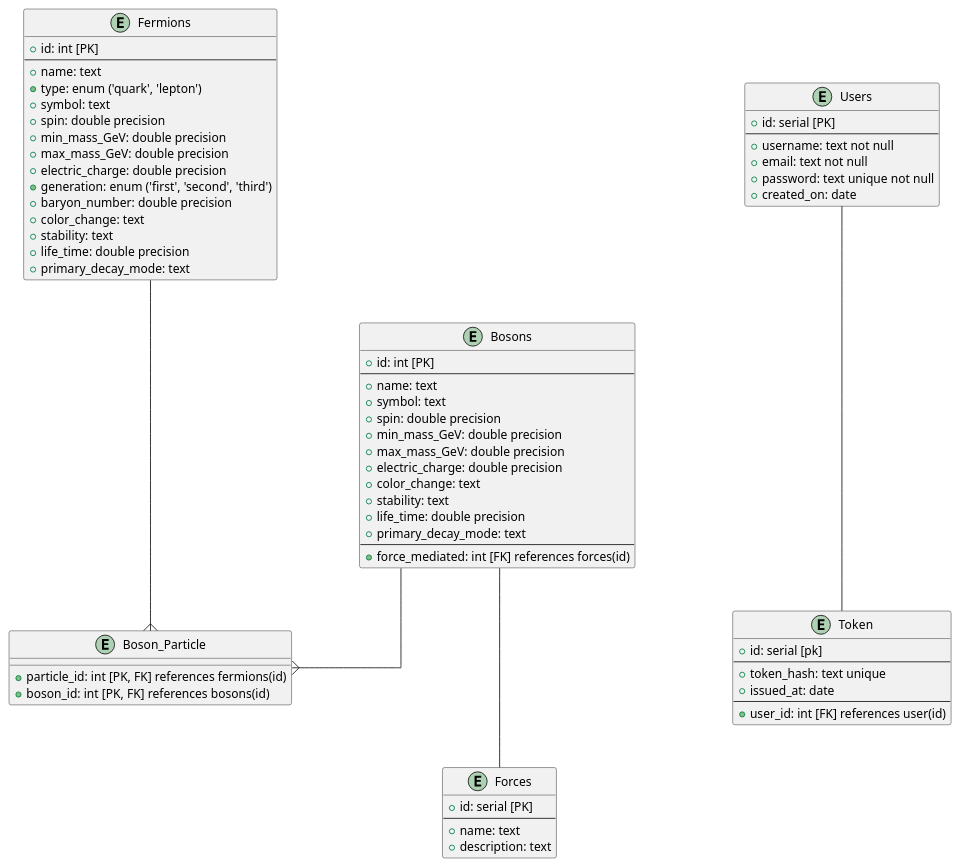
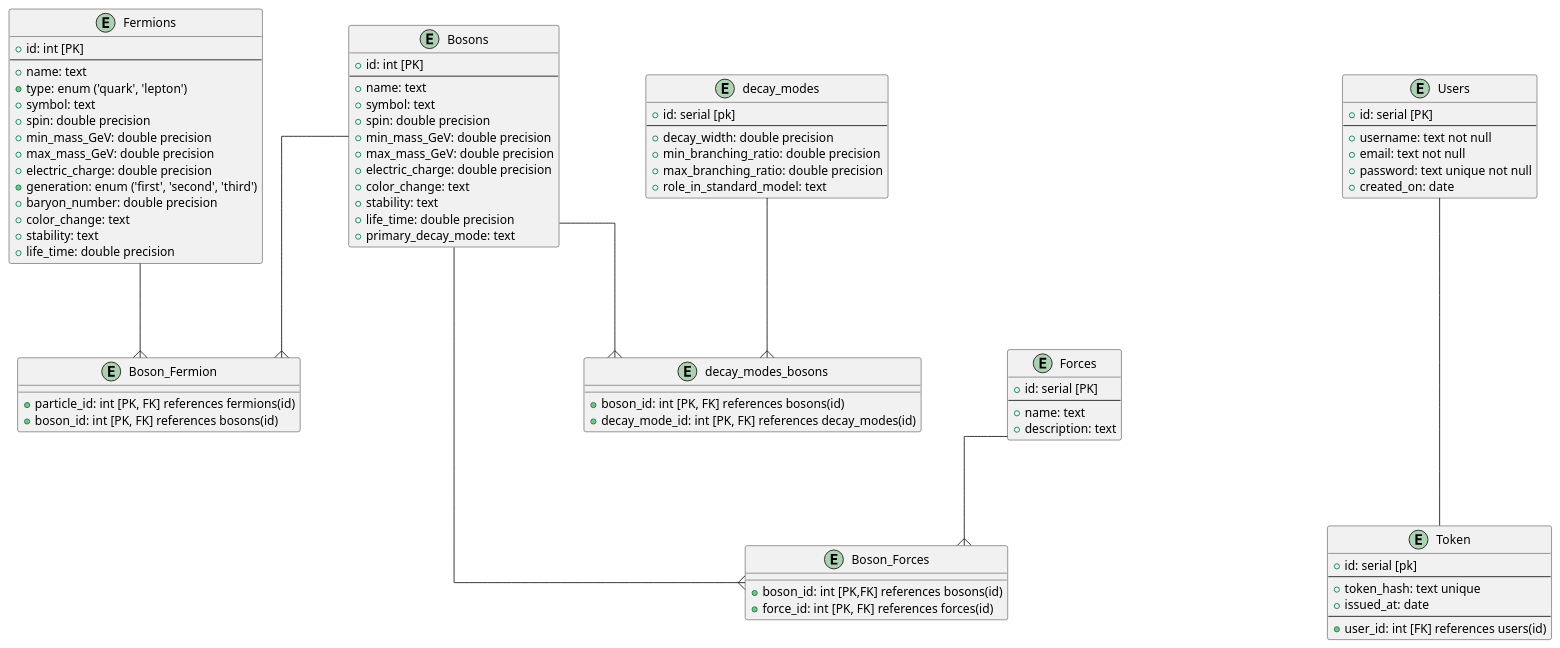
Before and after one commit to therakius/particles-api: the diagram in particles-erd.puml, drawn with PlantUML. The commit also changed other lines of this file, not shown here.

Commit message:
erd v1 done

```diff
--- a/particles-erd.puml
+++ b/particles-erd.puml
@@ -1,86 +1,106 @@
 @startuml particles_database
 skinparam {
-    Nodesep 160
-    Ranksep 50
+    Nodesep 100
+    Ranksep 100
     Linetype ortho
 }
 
 skinparam entity {
     BackgroundColor LightBlue
     FontSize 14
     ArrowThickness 1
 }
 
 entity "Fermions" as fermions {
     +id: int [PK]
     --
     +name: text
     +type: enum ('quark', 'lepton')
     +symbol: text
     +spin: double precision
     +min_mass_GeV: double precision
     +max_mass_GeV: double precision
     +electric_charge: double precision
     +generation: enum ('first', 'second', 'third')
     +baryon_number: double precision
     +color_change: text
     +stability: text
     +life_time: double precision
-    +primary_decay_mode: text
 }
 
 entity "Bosons" as bosons {
     +id: int [PK]
     --
     +name: text
     +symbol: text
     +spin: double precision
     +min_mass_GeV: double precision
     +max_mass_GeV: double precision
     +electric_charge: double precision
     +color_change: text
     +stability: text
     +life_time: double precision
     +primary_decay_mode: text
-    --
-    +force_mediated: int [FK] references forces(id)
 }
 
 entity "Forces" as forces {
     +id: serial [PK]
     --
     +name: text
     +description: text
 }
 
-entity "Boson_Particle" as boson_particle {
+entity decay_modes {
+    +id: serial [pk]
+    --
+    +decay_width: double precision
+    +min_branching_ratio: double precision
+    +max_branching_ratio: double precision
+    +role_in_standard_model: text 
+}
+
+entity decay_modes_bosons {
+    +boson_id: int [PK, FK] references bosons(id)
+    +decay_mode_id: int [PK, FK] references decay_modes(id)
+}
+
+
+entity "Boson_Forces" as boson_forces {
+    +boson_id: int [PK,FK] references bosons(id)
+    +force_id: int [PK, FK] references forces(id)
+}
+
+entity "Boson_Fermion" as boson_fermion_interaction{
     +particle_id: int [PK, FK] references fermions(id)
     +boson_id: int [PK, FK] references bosons(id)
 }
 
 entity "Users" as users {
     +id: serial [PK]
     --
     +username: text not null
     +email: text not null
     +password: text unique not null
     +created_on: date
 }
 
 entity "Token" as tokens {
     +id: serial [pk]
     --
     +token_hash: text unique
     +issued_at: date
     --
-    +user_id: int [FK] references user(id)
+    +user_id: int [FK] references users(id)
 }
 
 'relationships'
 
-fermions ---{ boson_particle 
-bosons --{ boson_particle 
-bosons --- forces
+fermions --{ boson_fermion_interaction
+bosons --{ boson_fermion_interaction
+bosons ---{ boson_forces
+forces --{ boson_forces
 users --- tokens
+decay_modes --{ decay_modes_bosons
+bosons --{ decay_modes_bosons
 
 @enduml
```
